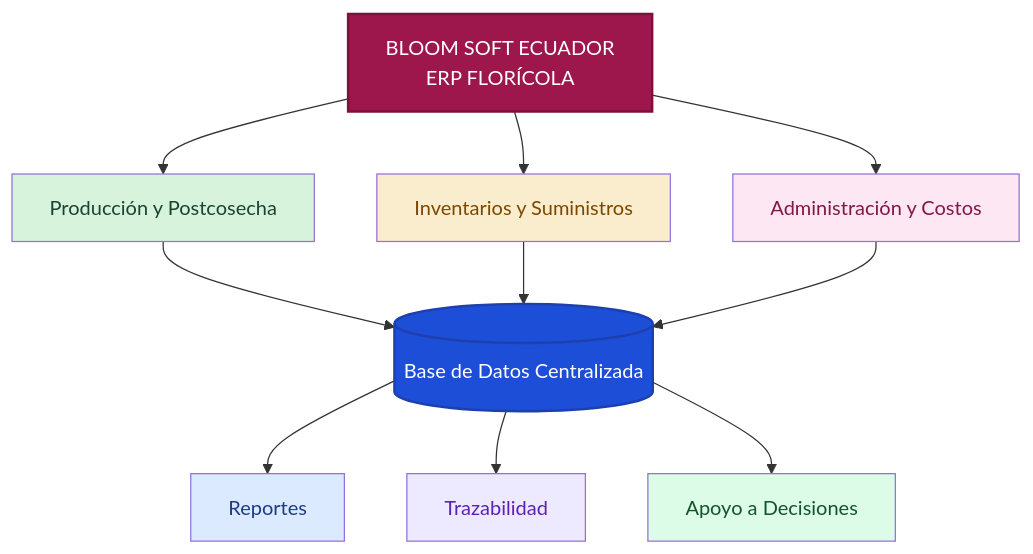
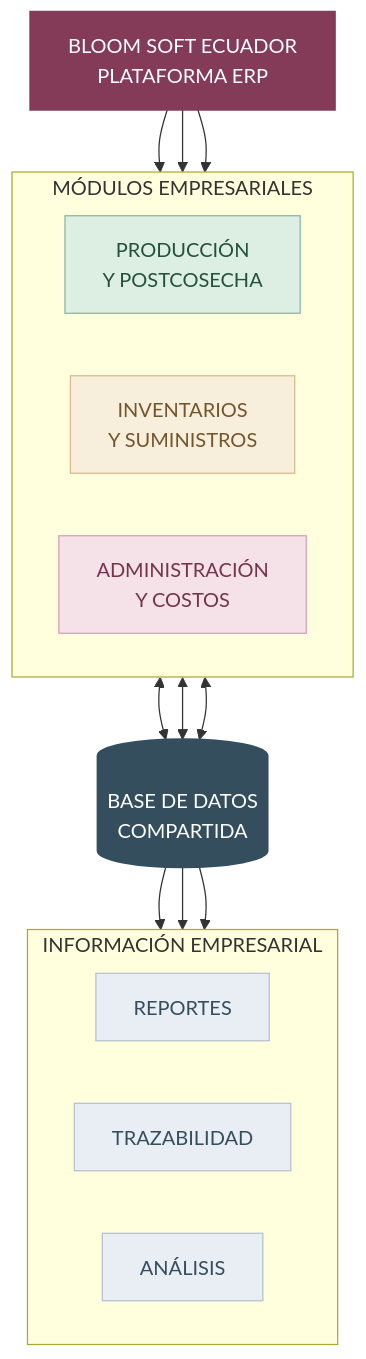
One commit to martin17-railgun/erp-academico changed the first of 5 diagrams in README.md. Above: the diagram before and after it, drawn with Mermaid. The commit also changed other lines of this file, not shown here.

First line of the commit message:
Revise README for Bloom Soft Ecuador project

````diff
--- a/README.md
+++ b/README.md
@@ -113,25 +342,46 @@
 ```mermaid
 flowchart TB
-    A["BLOOM SOFT ECUADOR<br/>ERP FLORÍCOLA"]
+    A["BLOOM SOFT ECUADOR<br/>PLATAFORMA ERP"]
 
-    A --> B["Producción y Postcosecha"]
-    A --> C["Inventarios y Suministros"]
-    A --> D["Administración y Costos"]
+    subgraph MOD["MÓDULOS EMPRESARIALES"]
+        direction LR
+        B["PRODUCCIÓN<br/>Y POSTCOSECHA"]
+        C["INVENTARIOS<br/>Y SUMINISTROS"]
+        D["ADMINISTRACIÓN<br/>Y COSTOS"]
+    end
 
-    B --> E[("Base de Datos Centralizada")]
-    C --> E
-    D --> E
+    E[("BASE DE DATOS<br/>COMPARTIDA")]
 
-    E --> F["Reportes"]
-    E --> G["Trazabilidad"]
-    E --> H["Apoyo a Decisiones"]
+    subgraph INF["INFORMACIÓN EMPRESARIAL"]
+        direction LR
+        F["REPORTES"]
+        G["TRAZABILIDAD"]
+        H["ANÁLISIS"]
+    end
 
-    style A fill:#9D174D,color:#fff,stroke:#7A123A,stroke-width:2px
-    style B fill:#D8F3DC,color:#1B4332
-    style C fill:#FAEDCD,color:#7C4700
-    style D fill:#FCE7F3,color:#831843
-    style E fill:#1D4ED8,color:#fff,stroke:#1E40AF,stroke-width:2px
-    style F fill:#DBEAFE,color:#1E3A8A
-    style G fill:#EDE9FE,color:#5B21B6
-    style H fill:#DCFCE7,color:#14532D
+    A --> B
+    A --> C
+    A --> D
+
+    B <--> E
+    C <--> E
+    D <--> E
+
+    E --> F
+    E --> G
+    E --> H
+
+    classDef main fill:#833B57,color:#FFFFFF,stroke:#833B57,stroke-width:2px;
+    classDef green fill:#DDEFE3,color:#24513D,stroke:#8AB69B;
+    classDef rose fill:#F5E2E9,color:#74344B,stroke:#D2A0B3;
+    classDef sand fill:#F8EEDC,color:#73562D,stroke:#D7BA8D;
+    classDef database fill:#344E5D,color:#FFFFFF,stroke:#344E5D,stroke-width:2px;
+    classDef output fill:#E9EDF4,color:#344E5D,stroke:#B5C0D0;
+
+    class A main;
+    class B green;
+    class C sand;
+    class D rose;
+    class E database;
+    class F,G,H output;
 ```
````
